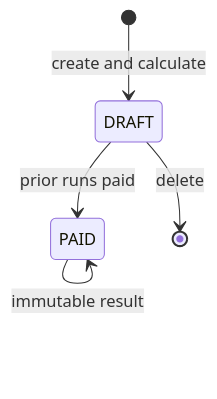
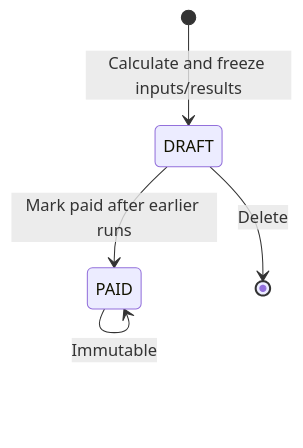
Before and after one commit to norbital-ai/templates: the third of 3 diagrams in hr-payroll/docs/architecture.md, drawn with Mermaid. The commit also changed other lines of this file and 425 other files, not shown here.

````diff
--- a/hr-payroll/docs/architecture.md
+++ b/hr-payroll/docs/architecture.md
@@ -250,7 +168,7 @@
 ```mermaid
 stateDiagram-v2
-  [*] --> DRAFT: create and calculate
-  DRAFT --> PAID: prior runs paid
-  DRAFT --> [*]: delete
-  PAID --> PAID: immutable result
+    [*] --> DRAFT: Calculate and freeze inputs/results
+    DRAFT --> PAID: Mark paid after earlier runs
+    DRAFT --> [*]: Delete
+    PAID --> PAID: Immutable
 ```
````
